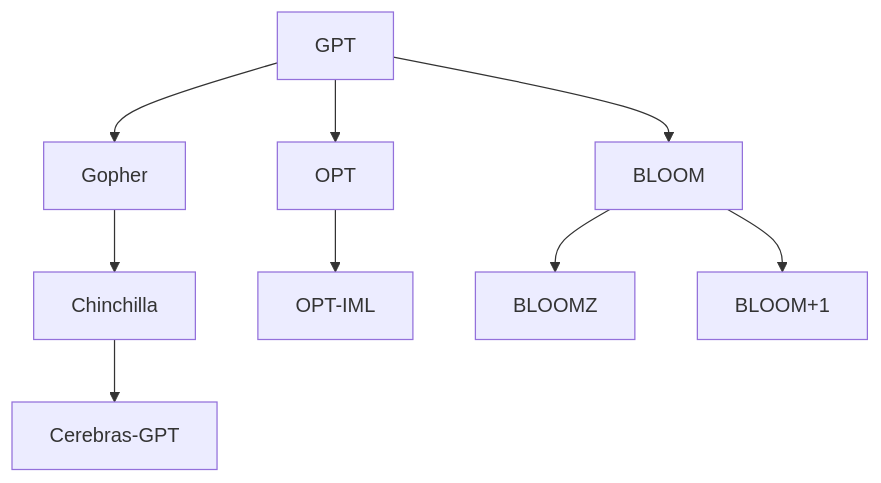
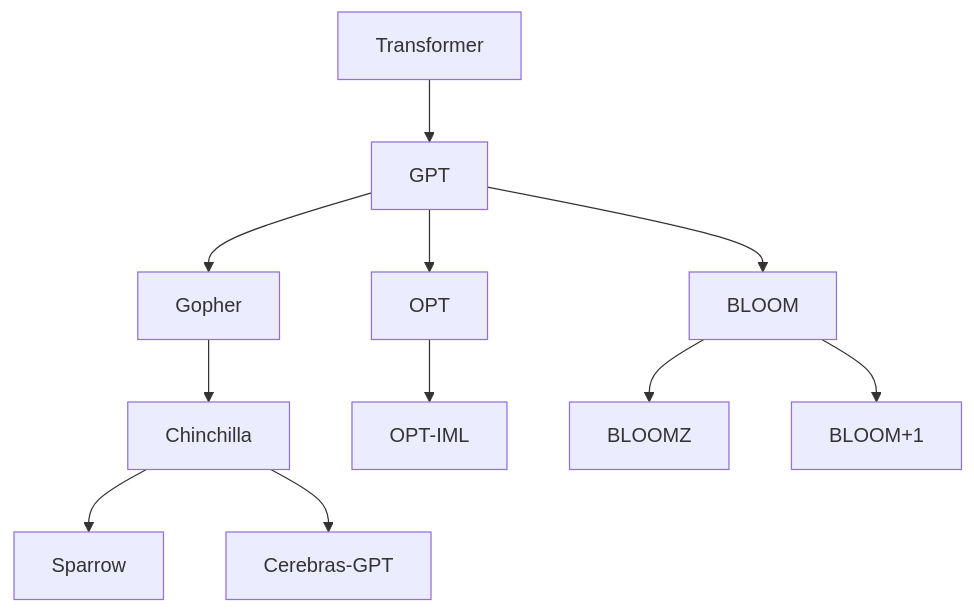
Diagram 12 of 14 in doc/llm.md (ted-sharp/chatvox), drawn with Mermaid before and after one commit. The commit also changed other lines of this file, not shown here.

````diff
--- a/doc/llm.md
+++ b/doc/llm.md
@@ -421,8 +466,9 @@
 ```mermaid
 flowchart
 
-GPT --> Gopher --> Chinchilla --> Cerebras-GPT
+Transformer --> GPT --> Gopher --> Chinchilla --> Sparrow
+Chinchilla --> Cerebras-GPT
 GPT --> OPT --> OPT-IML
 GPT --> BLOOM --> BLOOMZ
 BLOOM --> BLOOM+1
 ```
````
